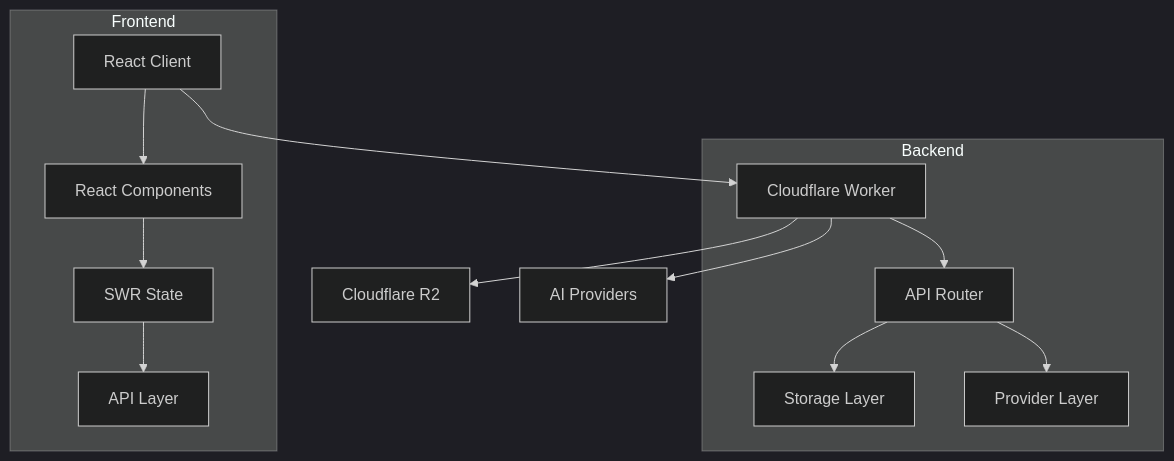
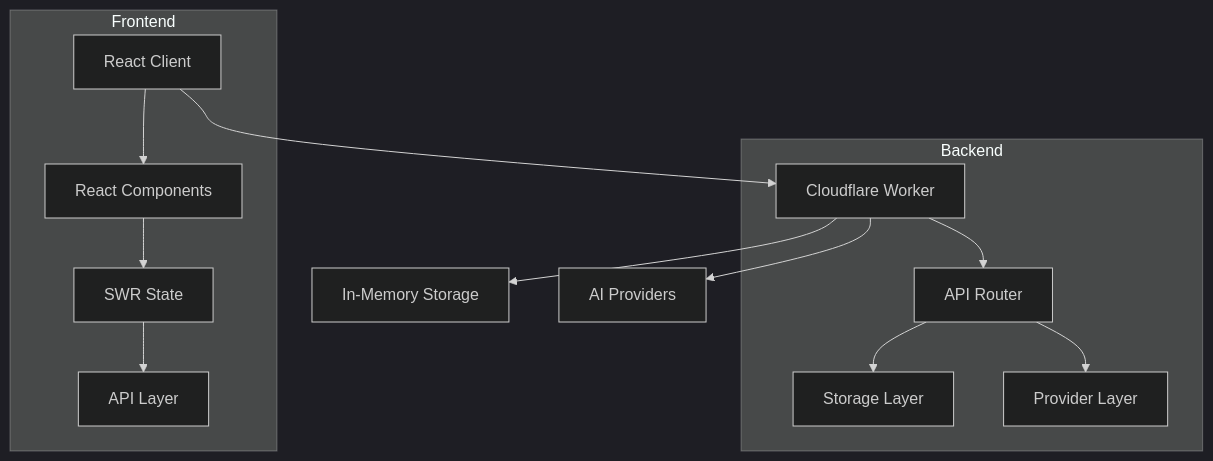
One commit to CompetentGroove/mcp-chat changed the first of 3 diagrams in memory-bank/systemPatterns.md. Above: the diagram before and after it, drawn with Mermaid (dark theme). The commit also changed other lines of this file and 31 other files, not shown here.

````diff
--- a/memory-bank/systemPatterns.md
+++ b/memory-bank/systemPatterns.md
@@ -6,18 +6,18 @@
 ```mermaid
 flowchart TD
     Client[React Client] --> Worker[Cloudflare Worker]
-    Worker --> R2[Cloudflare R2]
+    Worker --> Memory[In-Memory Storage]
     Worker --> AI[AI Providers]
 
     subgraph "Frontend"
         Client --> Components[React Components]
         Components --> State[SWR State]
         State --> API[API Layer]
     end
 
     subgraph "Backend"
         Worker --> Router[API Router]
         Router --> Storage[Storage Layer]
         Router --> Provider[Provider Layer]
     end
 ```
````
